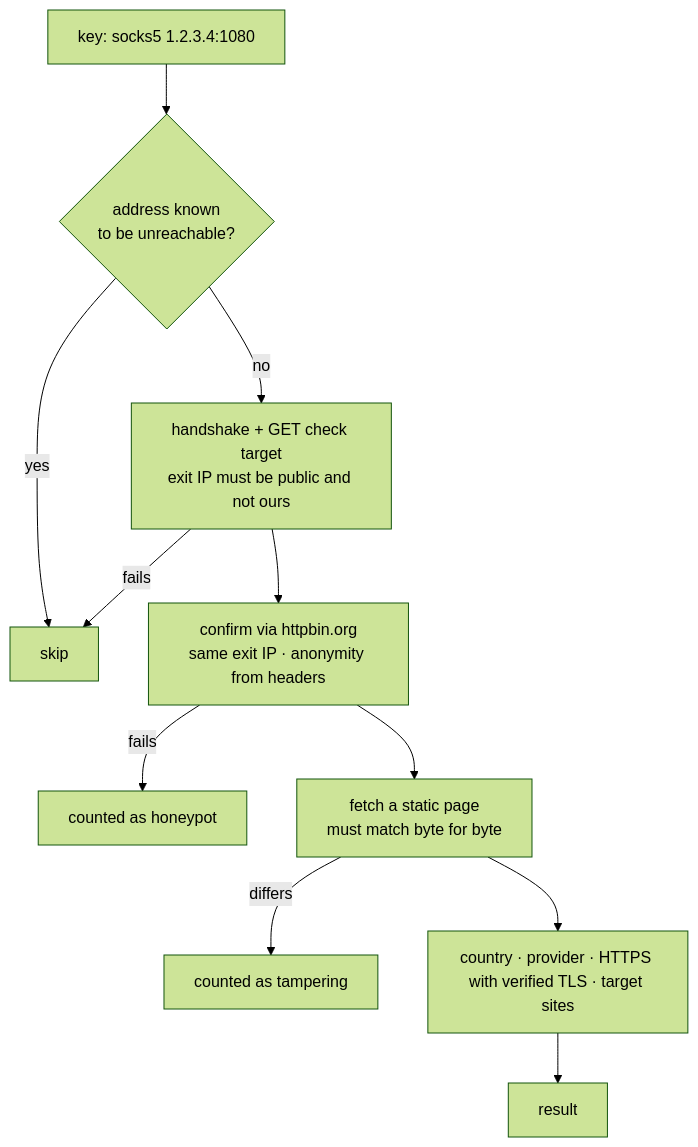
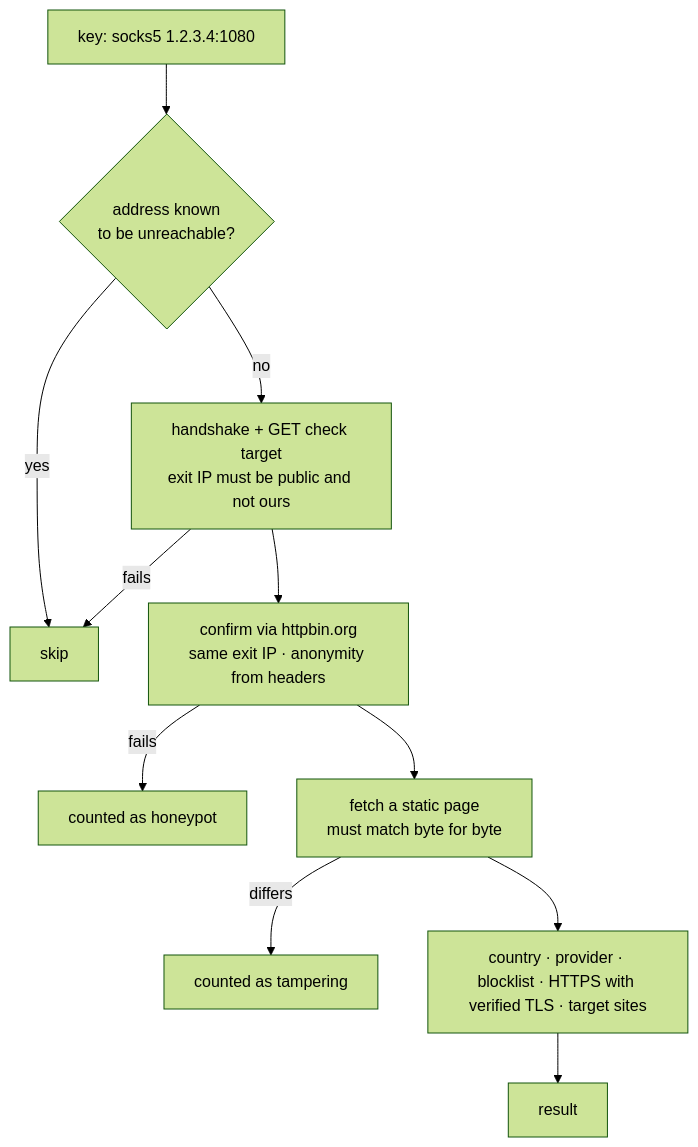
One commit to maximilianfeix/proxy-scraper changed the second of 4 diagrams in docs/ARCHITECTURE.md. Above: the diagram before and after it, drawn with Mermaid (forest theme). The commit also changed other lines of this file and 1 other file, not shown here.

Commit message:
Architecture doc: blocklist, site, bot, failure kinds; one dependabot pip entry (#99)

````diff
--- a/docs/ARCHITECTURE.md
+++ b/docs/ARCHITECTURE.md
@@ -54,13 +58,13 @@
 ```mermaid
 flowchart TD
     A[key: socks5 1.2.3.4:1080] --> B{address known<br/>to be unreachable?}
     B -- yes --> X[skip]
     B -- no --> C[handshake + GET check target<br/>exit IP must be public and not ours]
     C -- fails --> X
     C --> D[confirm via httpbin.org<br/>same exit IP · anonymity from headers]
     D -- fails --> H[counted as honeypot]
     D --> E[fetch a static page<br/>must match byte for byte]
     E -- differs --> T[counted as tampering]
-    E --> F[country · provider · HTTPS with verified TLS · target sites]
+    E --> F[country · provider · blocklist · HTTPS with verified TLS · target sites]
     F --> R[result]
 ```
````
